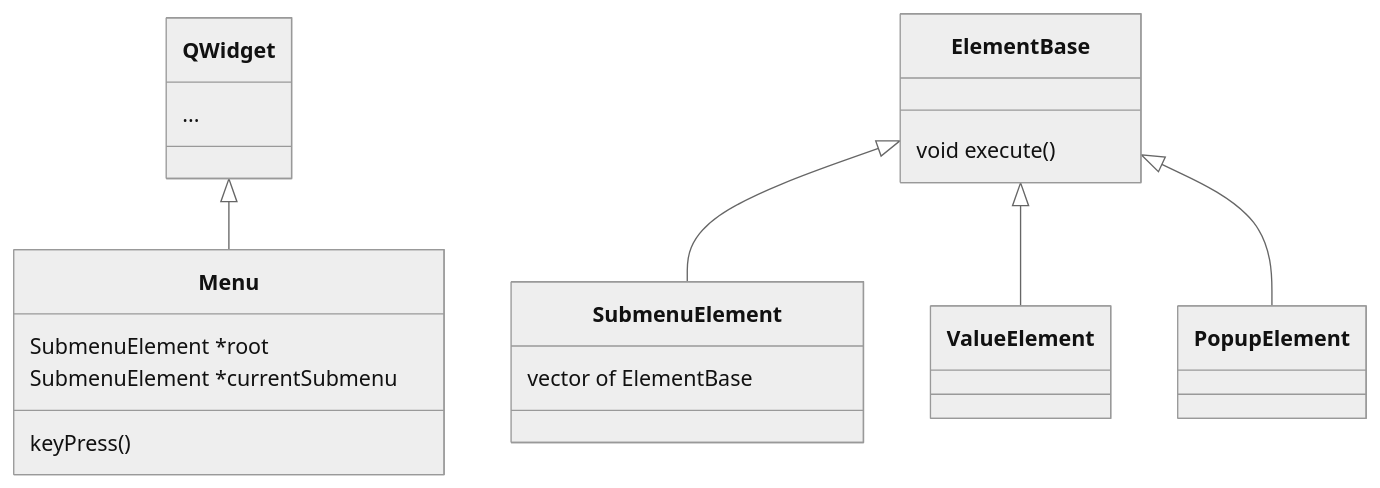
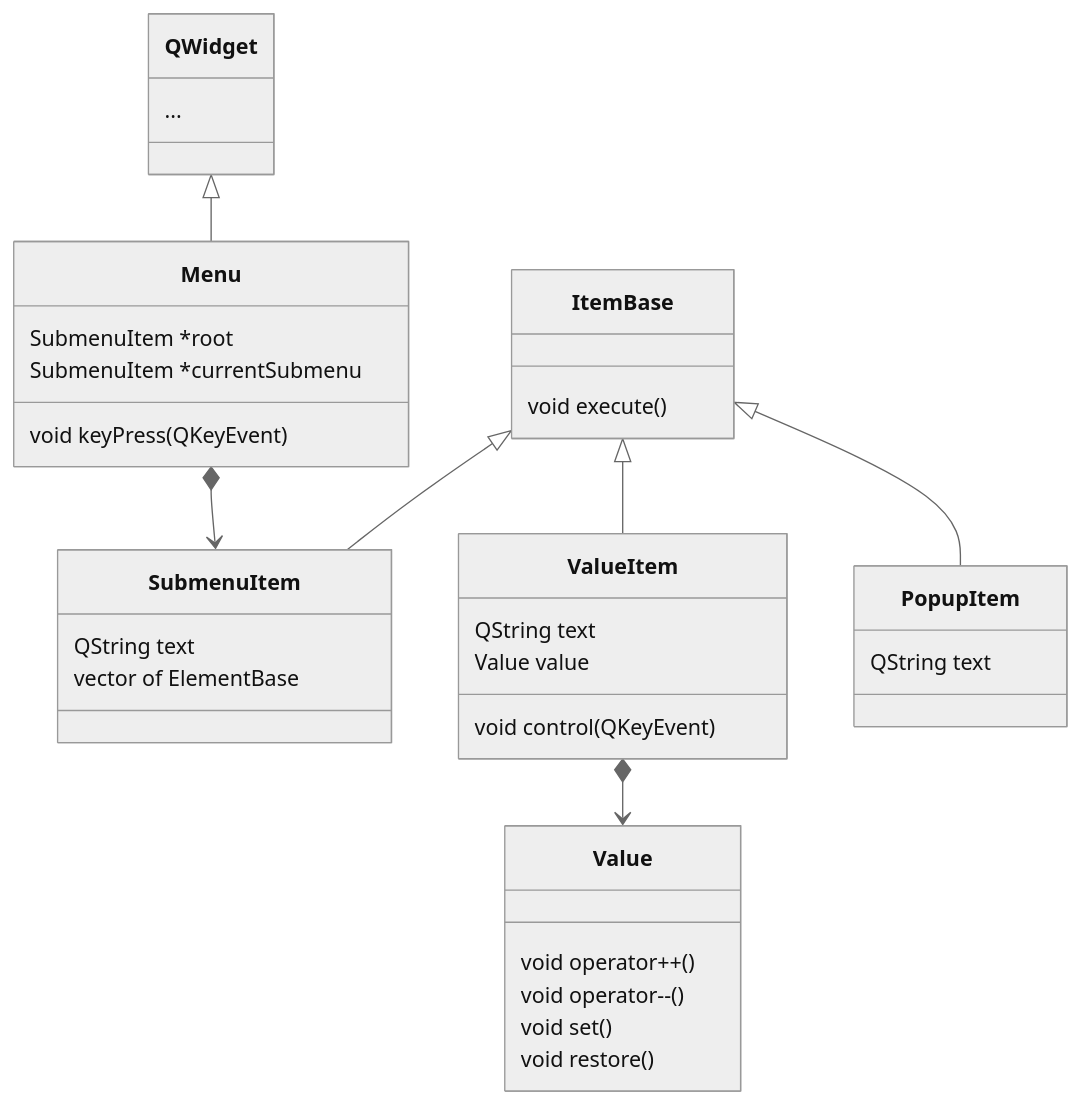
One commit to vesmil/Seimar-project changed the second of 4 diagrams in notes.md. Above: the diagram before and after it, drawn with Mermaid (neutral theme). The commit also changed other lines of this file and 13 other files, not shown here.

Commit message:
Documentation, added menu items, completed separeted value, ...

````diff
--- a/notes.md
+++ b/notes.md
@@ -92,31 +123,51 @@
 ```mermaid
 classDiagram
-    QWidget <|-- Menu
-
-    ElementBase <|-- SubmenuElement
-    ElementBase <|-- ValueElement
-    ElementBase <|-- PopupElement
-
-	%% Menu *--> SubmenuElement
-
 	class QWidget {
 	 ...
 	}
 	
 	class Menu {
-		SubmenuElement *root
-		SubmenuElement *currentSubmenu
+		SubmenuItem *root
+		SubmenuItem *currentSubmenu
 		
-		keyPress()
+		void keyPress(QKeyEvent)
 	}
 	
-	class ElementBase {
+	class ItemBase {
 		void execute()
 	}
 	
-    class SubmenuElement{
+    class SubmenuItem{
+    	QString text	
 		vector of ElementBase
 	}
 	
+	class PopupItem{
+		QString text	
+	}
+	
+	class ValueItem{
+		QString text
+		Value value
+		
+		void control(QKeyEvent)
+	}
+	
+	class Value {
+		void operator++()
+		void operator--()
+		void set()
+		void restore()
+	}
+	
+	QWidget <|-- Menu
+
+    ItemBase <|-- SubmenuItem
+    ItemBase <|-- ValueItem
+    ItemBase <|-- PopupItem
+
+	Menu *--> SubmenuItem
+		
+	ValueItem *--> Value
 
 ```
````
